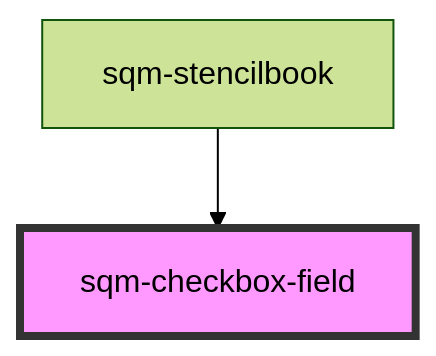
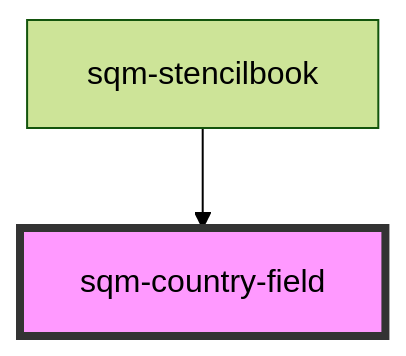
One commit to saasquatch/program-tools changed the diagram in packages/mint-components/src/components/sqm-country-field/readme.md. Above: the diagram before and after it, drawn with Mermaid (forest theme). The commit also changed other lines of this file and 7 other files, not shown here.

````diff
--- a/packages/mint-components/src/components/sqm-country-field/readme.md
+++ b/packages/mint-components/src/components/sqm-country-field/readme.md
@@ -28,5 +26,5 @@
 ```mermaid
 graph TD;
-  sqm-stencilbook --> sqm-checkbox-field
-  style sqm-checkbox-field fill:#f9f,stroke:#333,stroke-width:4px
+  sqm-stencilbook --> sqm-country-field
+  style sqm-country-field fill:#f9f,stroke:#333,stroke-width:4px
 ```
````
